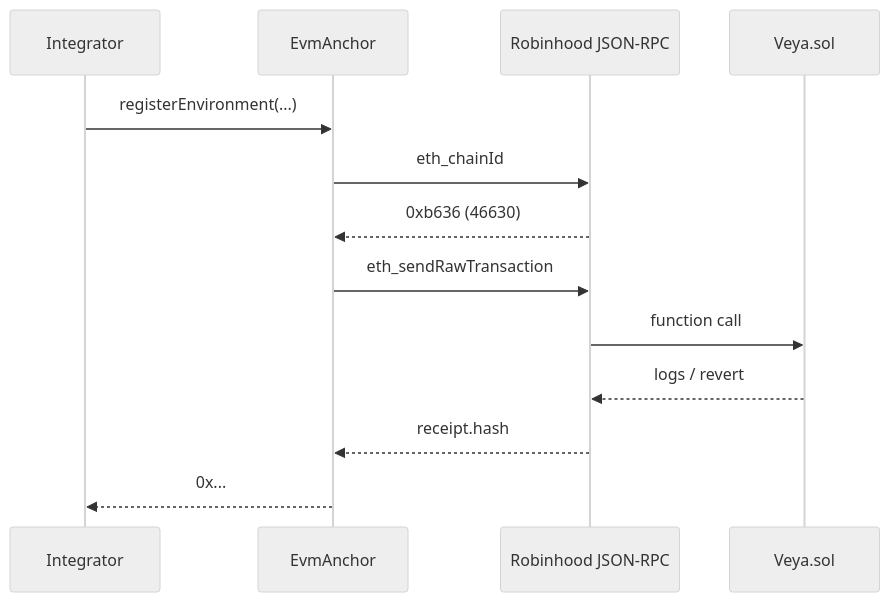
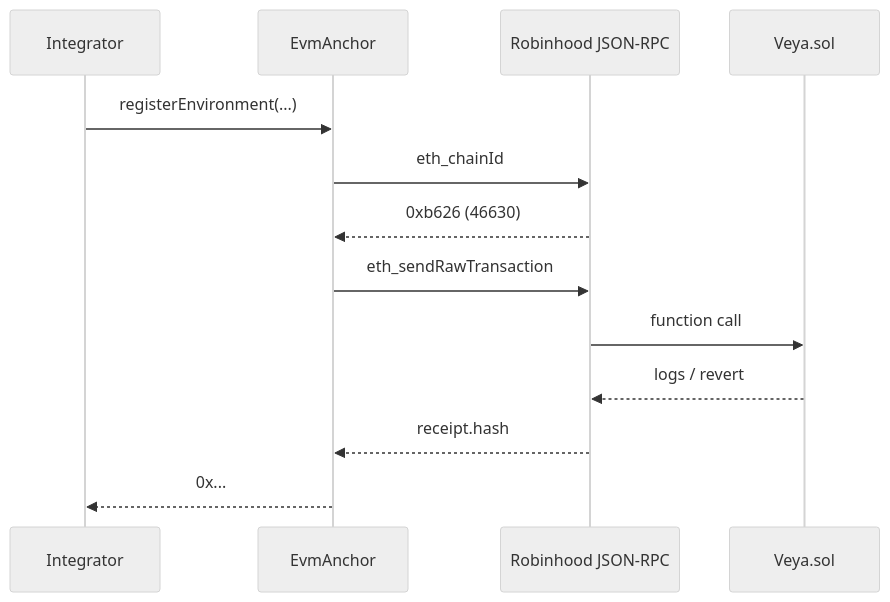
One commit to veyanet/veya-sdk changed the second of 2 diagrams in docs/sdk/evm-anchoring.md. Above: the diagram before and after it, drawn with Mermaid (neutral theme). The commit also changed other lines of this file, not shown here.

````diff
--- a/docs/sdk/evm-anchoring.md
+++ b/docs/sdk/evm-anchoring.md
@@ -213,16 +213,16 @@
 ```mermaid
 sequenceDiagram
     participant App as Integrator
     participant EA as EvmAnchor
     participant RPC as Robinhood JSON-RPC
     participant C as Veya.sol
 
     App->>EA: registerEnvironment(...)
     EA->>RPC: eth_chainId
-    RPC-->>EA: 0xb636 (46630)
+    RPC-->>EA: 0xb626 (46630)
     EA->>RPC: eth_sendRawTransaction
     RPC->>C: function call
     C-->>RPC: logs / revert
     RPC-->>EA: receipt.hash
     EA-->>App: 0x...
 ```
````
